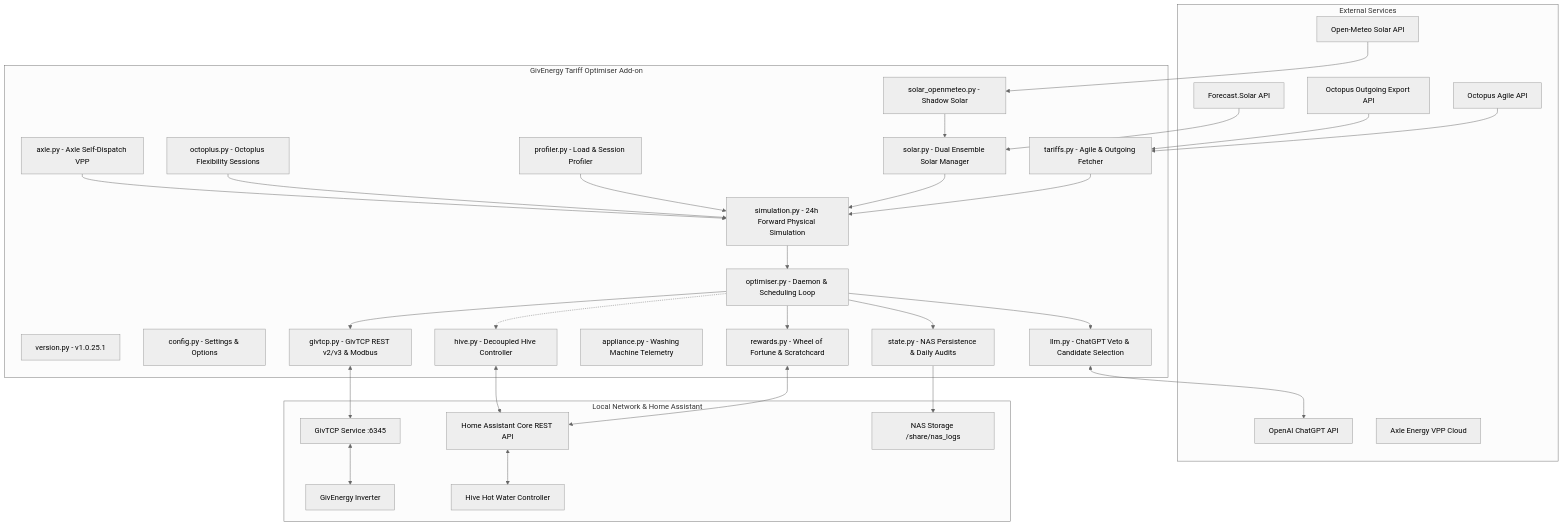
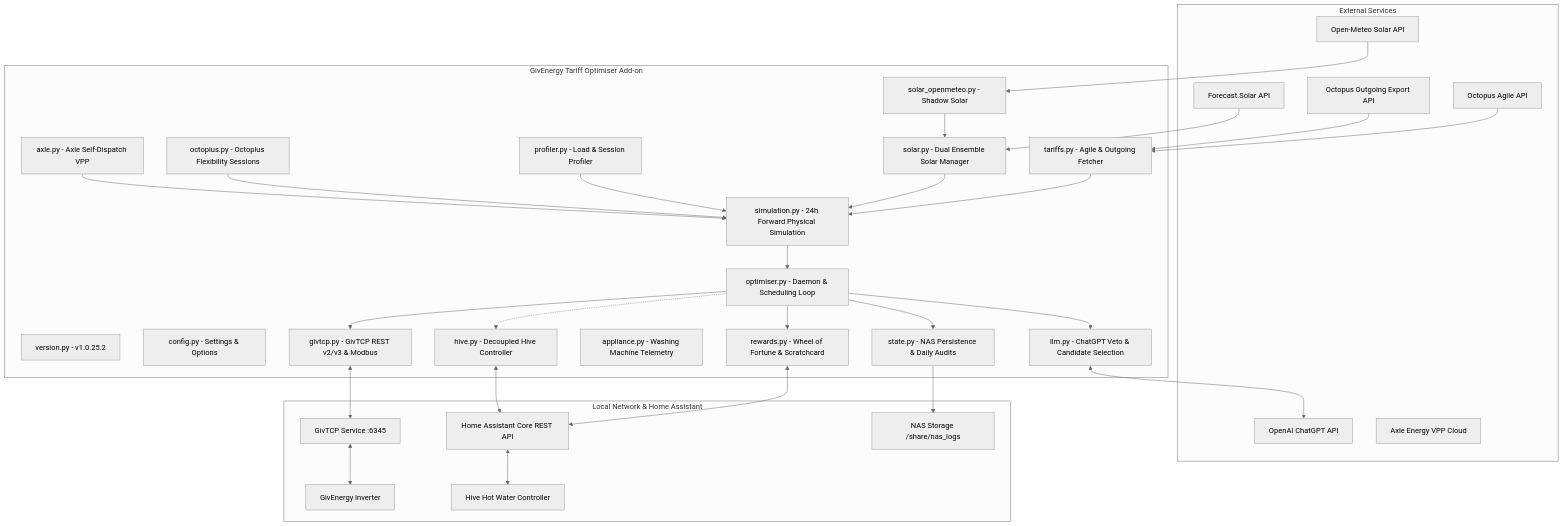
One commit to revhawk/GivEnergy_Tracker changed the first of 3 diagrams in ha-addon/SPECIFICATION.md. Above: the diagram before and after it, drawn with Mermaid (neutral theme). The commit also changed other lines of this file and 6 other files, not shown here.

````diff
--- a/ha-addon/SPECIFICATION.md
+++ b/ha-addon/SPECIFICATION.md
@@ -19,67 +19,67 @@
 ```mermaid
 graph TD
     subgraph External Services
         Agile[Octopus Agile API]
         Outgoing[Octopus Outgoing Export API]
         FSolar[Forecast.Solar API]
         OMeteo[Open-Meteo Solar API]
         OpenAI[OpenAI ChatGPT API]
         Axle_Cloud[Axle Energy VPP Cloud]
     end
 
     subgraph GivEnergy Tariff Optimiser Add-on
-        Version[version.py - v1.0.25.1]
+        Version[version.py - v1.0.25.2]
         Config[config.py - Settings & Options]
         Optimiser[optimiser.py - Daemon & Scheduling Loop]
         SimEngine[simulation.py - 24h Forward Physical Simulation]
         Tariff_Mod[tariffs.py - Agile & Outgoing Fetcher]
         Solar_Mod[solar.py - Dual Ensemble Solar Manager]
         Meteo_Mod[solar_openmeteo.py - Shadow Solar]
         Profiler_Mod[profiler.py - Load & Session Profiler]
         GivTCP_Mod[givtcp.py - GivTCP REST v2/v3 & Modbus]
         Octoplus_Mod[octoplus.py - Octoplus Flexibility Sessions]
         Axle_Mod[axle.py - Axle Self-Dispatch VPP]
         Rewards_Mod[rewards.py - Wheel of Fortune & Scratchcard]
         Appliance_Mod[appliance.py - Washing Machine Telemetry]
         State_Mod[state.py - NAS Persistence & Daily Audits]
         LLM_Mod[llm.py - ChatGPT Veto & Candidate Selection]
         Hive_Mod[hive.py - Decoupled Hive Controller]
     end
 
     subgraph Local Network & Home Assistant
         GivTCP[GivTCP Service :6345]
         Inverter[GivEnergy Inverter]
         HA_API[Home Assistant Core REST API]
         NAS_Share[NAS Storage /share/nas_logs]
         Hive[Hive Hot Water Controller]
     end
 
     Agile --> Tariff_Mod
     Outgoing --> Tariff_Mod
     FSolar --> Solar_Mod
     OMeteo --> Meteo_Mod
     Meteo_Mod --> Solar_Mod
 
     Tariff_Mod --> SimEngine
     Solar_Mod --> SimEngine
     Profiler_Mod --> SimEngine
     Octoplus_Mod --> SimEngine
     Axle_Mod --> SimEngine
 
     SimEngine --> Optimiser
     Optimiser --> LLM_Mod
     LLM_Mod <--> OpenAI
     Optimiser --> GivTCP_Mod
     GivTCP_Mod <--> GivTCP
     GivTCP <--> Inverter
 
     Optimiser --> State_Mod
     State_Mod --> NAS_Share
 
     Optimiser --> Rewards_Mod
     Rewards_Mod <--> HA_API
 
     Optimiser -.-> Hive_Mod
     Hive_Mod <--> HA_API
     HA_API <--> Hive
 ```
````
